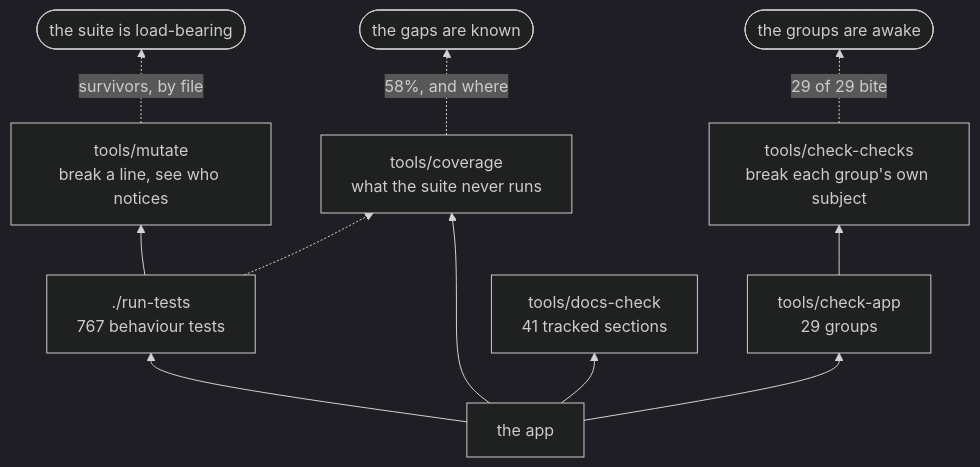
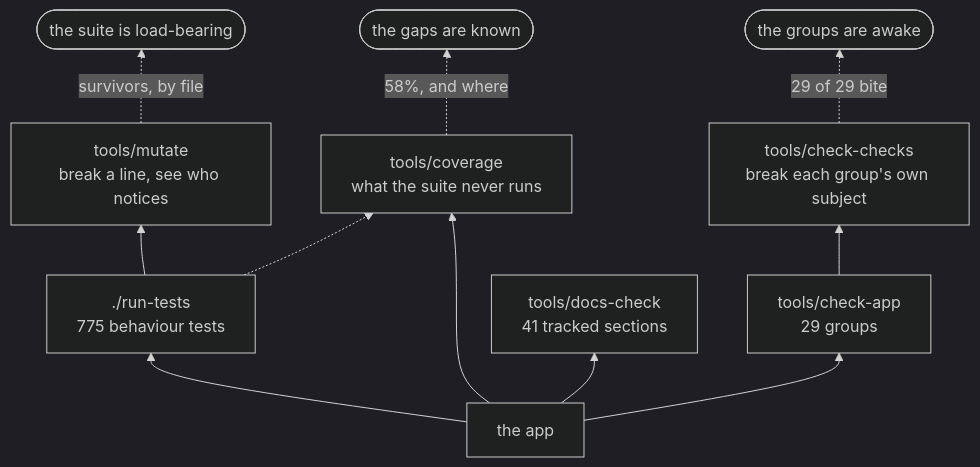
Before and after one commit to minormending/crystal-pilot-mobile: the second of 2 diagrams in docs/DEVELOPING.md, drawn with Mermaid (dark theme). The commit also changed other lines of this file and 3 other files, not shown here.

````diff
--- a/docs/DEVELOPING.md
+++ b/docs/DEVELOPING.md
@@ -127,13 +127,13 @@
 ```mermaid
 flowchart BT
-    C["the app"] --> T["./run-tests<br/>767 behaviour tests"]
+    C["the app"] --> T["./run-tests<br/>775 behaviour tests"]
     C --> A["tools/check-app<br/>29 groups"]
     C --> D["tools/docs-check<br/>41 tracked sections"]
     C --> V["tools/coverage<br/>what the suite never runs"]
     T --> M["tools/mutate<br/>break a line, see who notices"]
     A --> K["tools/check-checks<br/>break each group's own subject"]
     T -.-> V
     M -.->|"survivors, by file"| R(["the suite is load-bearing"])
     K -.->|"29 of 29 bite"| R2(["the groups are awake"])
     V -.->|"58%, and where"| R3(["the gaps are known"])
 ```
````
